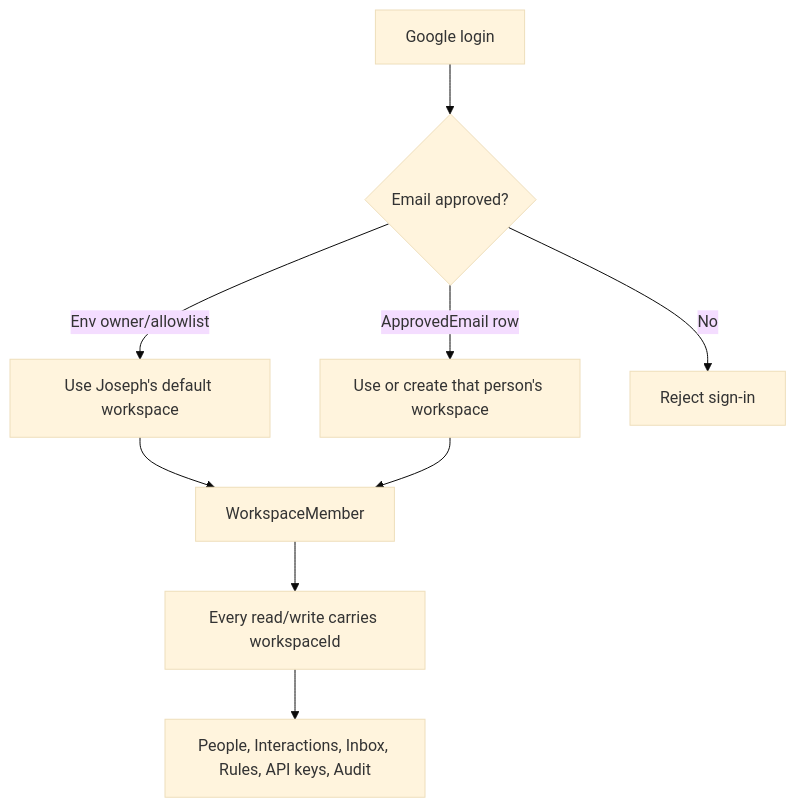
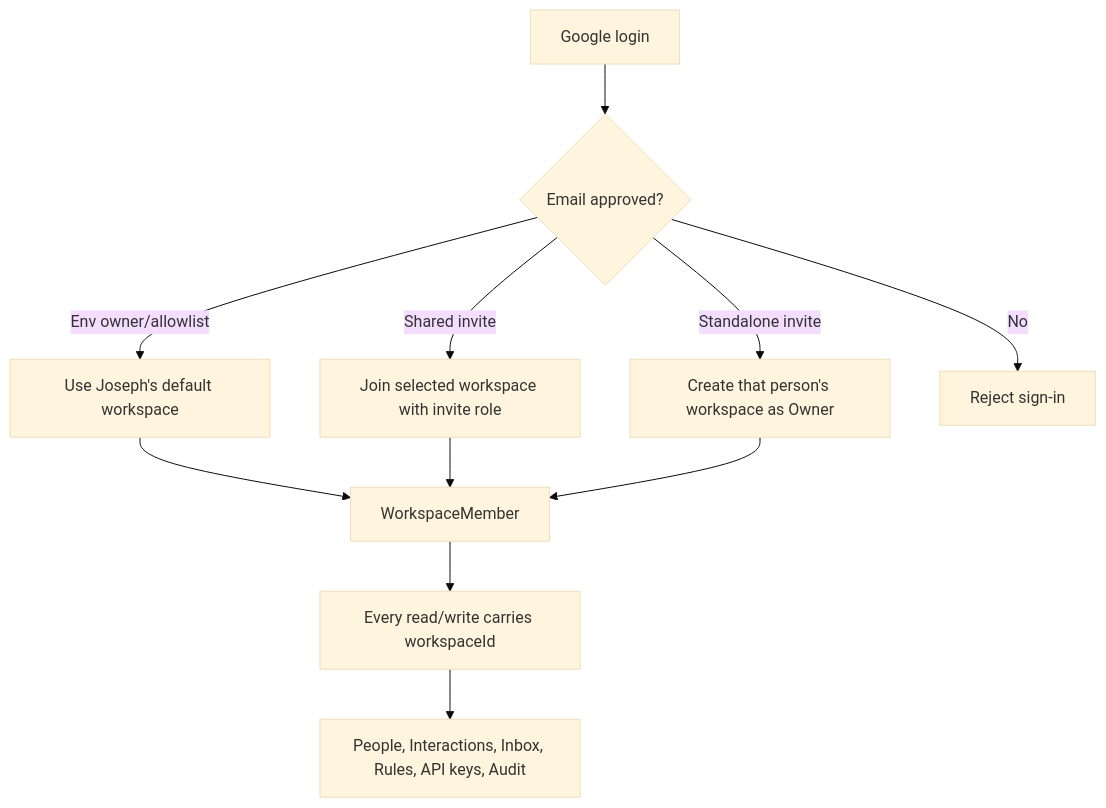
Diagram 19 of 25 in docs/PERSONS_ARCHITECTURE.md (josephdfryer/life-os), drawn with Mermaid (base theme) before and after one commit. The commit also changed other lines of this file and 41 other files, not shown here.

Commit message:
feat: add shared workspace RBAC

````diff
--- a/docs/PERSONS_ARCHITECTURE.md
+++ b/docs/PERSONS_ARCHITECTURE.md
@@ -893,12 +910,14 @@
 ```mermaid
 flowchart TD
   Login["Google login"] --> Gate{"Email approved?"}
   Gate -->|Env owner/allowlist| DefaultWorkspace["Use Joseph's default workspace"]
-  Gate -->|ApprovedEmail row| UserWorkspace["Use or create that person's workspace"]
+  Gate -->|Shared invite| SharedWorkspace["Join selected workspace with invite role"]
+  Gate -->|Standalone invite| UserWorkspace["Create that person's workspace as Owner"]
   Gate -->|No| Reject["Reject sign-in"]
 
   DefaultWorkspace --> Member["WorkspaceMember"]
+  SharedWorkspace --> Member
   UserWorkspace --> Member
   Member --> Scope["Every read/write carries workspaceId"]
   Scope --> PeopleDB["People, Interactions, Inbox, Rules, API keys, Audit"]
 ```
````
